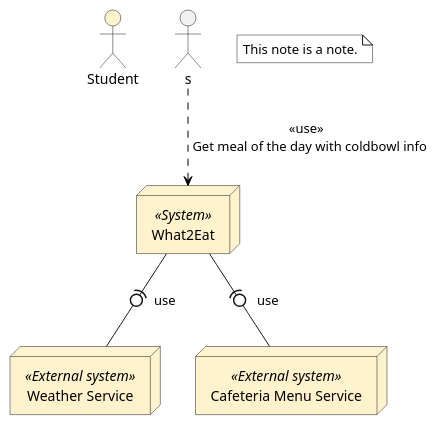
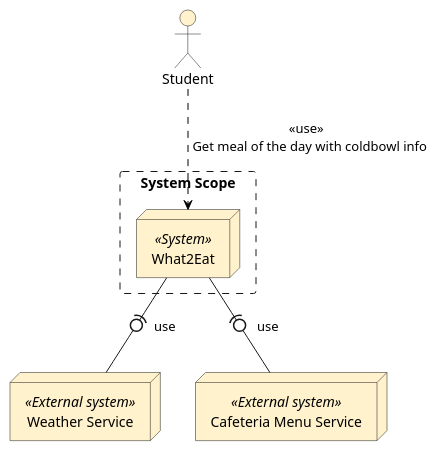
One commit to YanChunChang/BA_Plantuml changed the diagram in what2eat/2.1-system-context.plantuml. Above: the diagram before and after it, drawn with PlantUML. The commit also changed 2 other files, not shown here.

Commit message:
added 4.62 diagram

```diff
--- a/what2eat/2.1-system-context.plantuml
+++ b/what2eat/2.1-system-context.plantuml
@@ -1,13 +1,14 @@
 @startuml system context
 
-:Student: #fff2cc
-node "What2Eat" << System >> as e #fff2cc
+:Student: as s #fff2cc
+rectangle "System Scope" as SystemScope #line.dashed{
+    node "What2Eat" << System >> as e #fff2cc
+}
 node "Weather Service" << External system >> as w #fff2cc
 node "Cafeteria Menu Service" << External system >> as c #fff2cc
 
 s --> e  #black;line.dashed;:<<use>> \n Get meal of the day with coldbowl info 
 e -(0- w: use
 e -(0- c: use
 
-note "This note is a note." as n #ffffff
 @enduml
```
